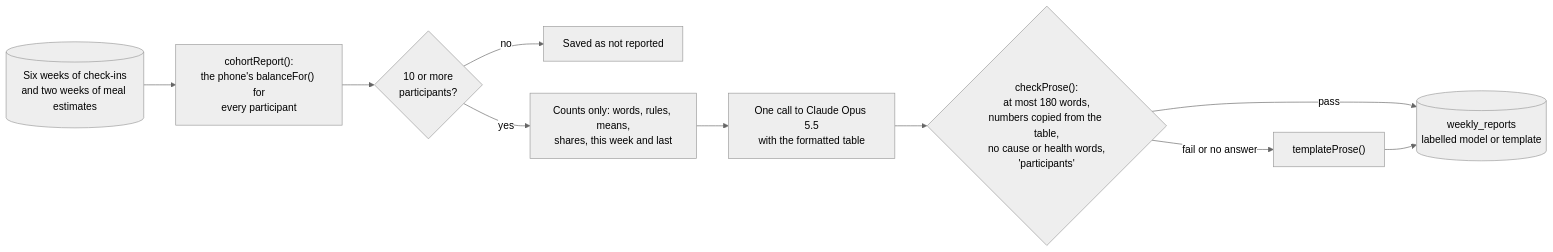
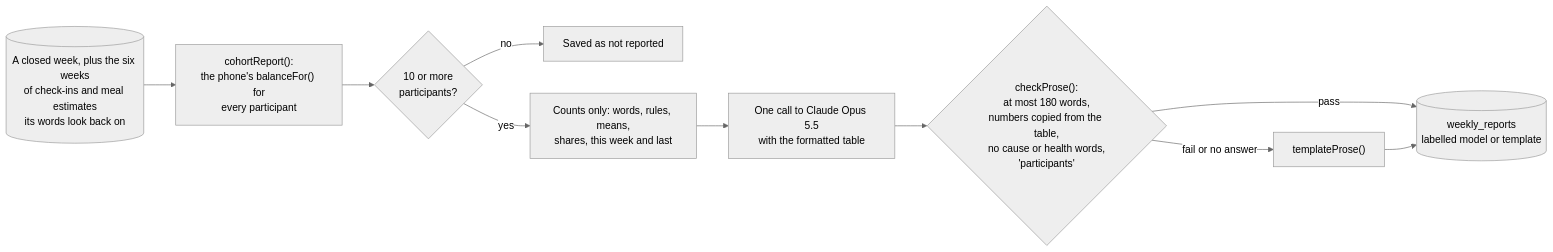
Before and after one commit to pluxconkr/essential-nourishingx: the diagram in docs/staff-dashboard.md, drawn with Mermaid (neutral theme). The commit also changed other lines of this file and 54 other files, not shown here.

````diff
--- a/docs/staff-dashboard.md
+++ b/docs/staff-dashboard.md
@@ -45,11 +55,11 @@
 ```mermaid
 flowchart LR
-  R[("Six weeks of check-ins<br/>and two weeks of meal estimates")] --> C["cohortReport():<br/>the phone's balanceFor() for<br/>every participant"]
+  R[("A closed week, plus the six weeks<br/>of check-ins and meal estimates<br/>its words look back on")] --> C["cohortReport():<br/>the phone's balanceFor() for<br/>every participant"]
   C --> K{"10 or more<br/>participants?"}
   K -->|no| X["Saved as not reported"]
   K -->|yes| T["Counts only: words, rules, means,<br/>shares, this week and last"]
   T --> O["One call to Claude Opus 5.5<br/>with the formatted table"]
   O --> V{"checkProse():<br/>at most 180 words,<br/>numbers copied from the table,<br/>no cause or health words,<br/>'participants'"}
   V -->|pass| S[("weekly_reports<br/>labelled model or template")]
   V -->|fail or no answer| P["templateProse()"] --> S
 ```
````
